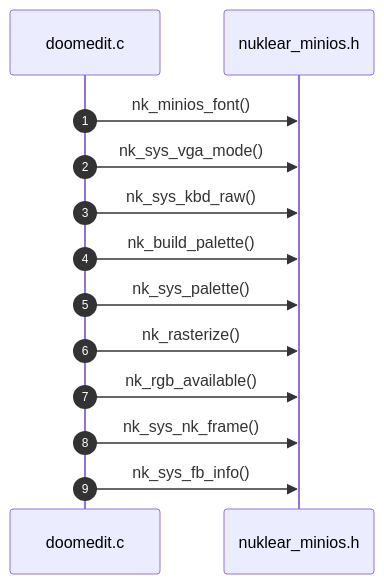
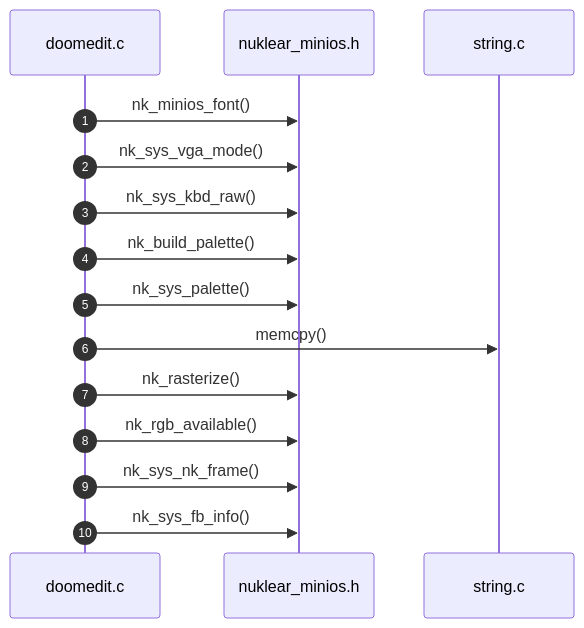
One commit to grisuno/miniOS changed the fourth of 5 diagrams in readmenator-apidocs/architecture.md. Above: the diagram before and after it, drawn with Mermaid. The commit also changed other lines of this file and 222 other files, not shown here.

````diff
--- a/readmenator-apidocs/architecture.md
+++ b/readmenator-apidocs/architecture.md
@@ -168,15 +169,17 @@
 ```mermaid
 sequenceDiagram
     autonumber
     participant p_progs_doomedit_doomedit_c as doomedit.c
     participant p_progs_nuklear_nuklear_minios_h as nuklear_minios.h
+    participant p_kernel_string_c as string.c
     p_progs_doomedit_doomedit_c->>p_progs_nuklear_nuklear_minios_h: nk_minios_font()
     p_progs_doomedit_doomedit_c->>p_progs_nuklear_nuklear_minios_h: nk_sys_vga_mode()
     p_progs_doomedit_doomedit_c->>p_progs_nuklear_nuklear_minios_h: nk_sys_kbd_raw()
     p_progs_doomedit_doomedit_c->>p_progs_nuklear_nuklear_minios_h: nk_build_palette()
     p_progs_doomedit_doomedit_c->>p_progs_nuklear_nuklear_minios_h: nk_sys_palette()
+    p_progs_doomedit_doomedit_c->>p_kernel_string_c: memcpy()
     p_progs_doomedit_doomedit_c->>p_progs_nuklear_nuklear_minios_h: nk_rasterize()
     p_progs_doomedit_doomedit_c->>p_progs_nuklear_nuklear_minios_h: nk_rgb_available()
     p_progs_doomedit_doomedit_c->>p_progs_nuklear_nuklear_minios_h: nk_sys_nk_frame()
     p_progs_doomedit_doomedit_c->>p_progs_nuklear_nuklear_minios_h: nk_sys_fb_info()
 ```
````
